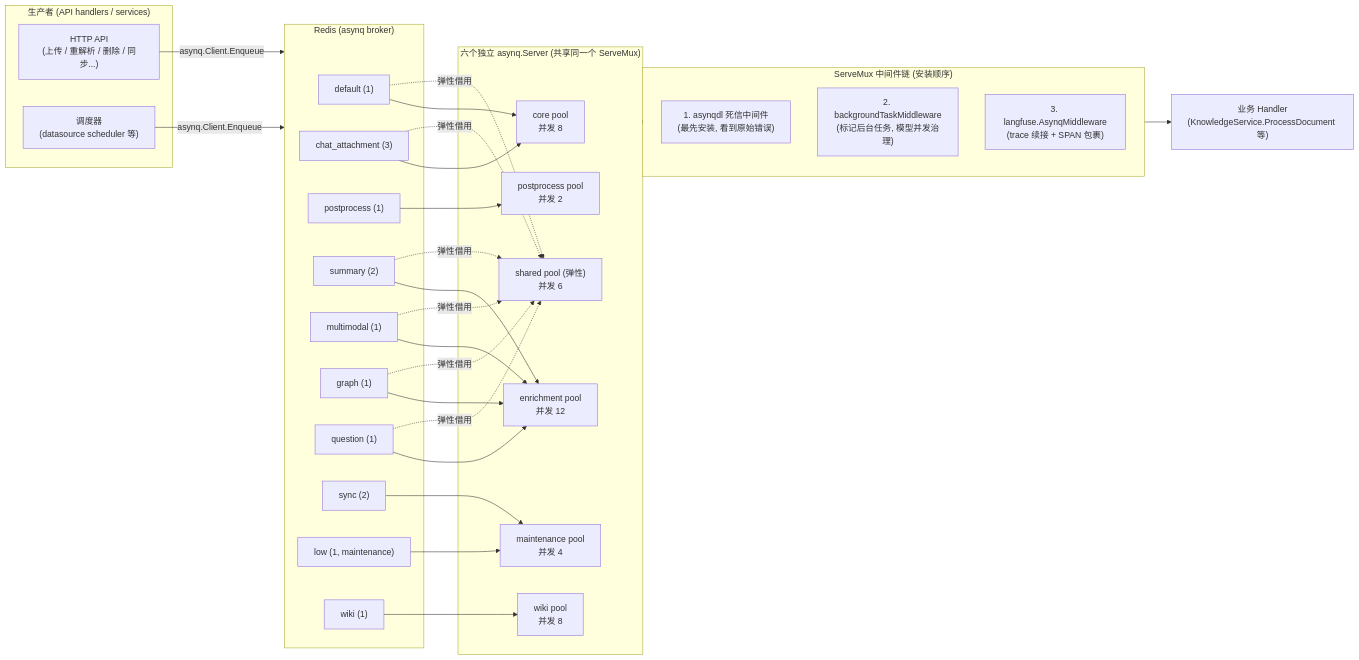
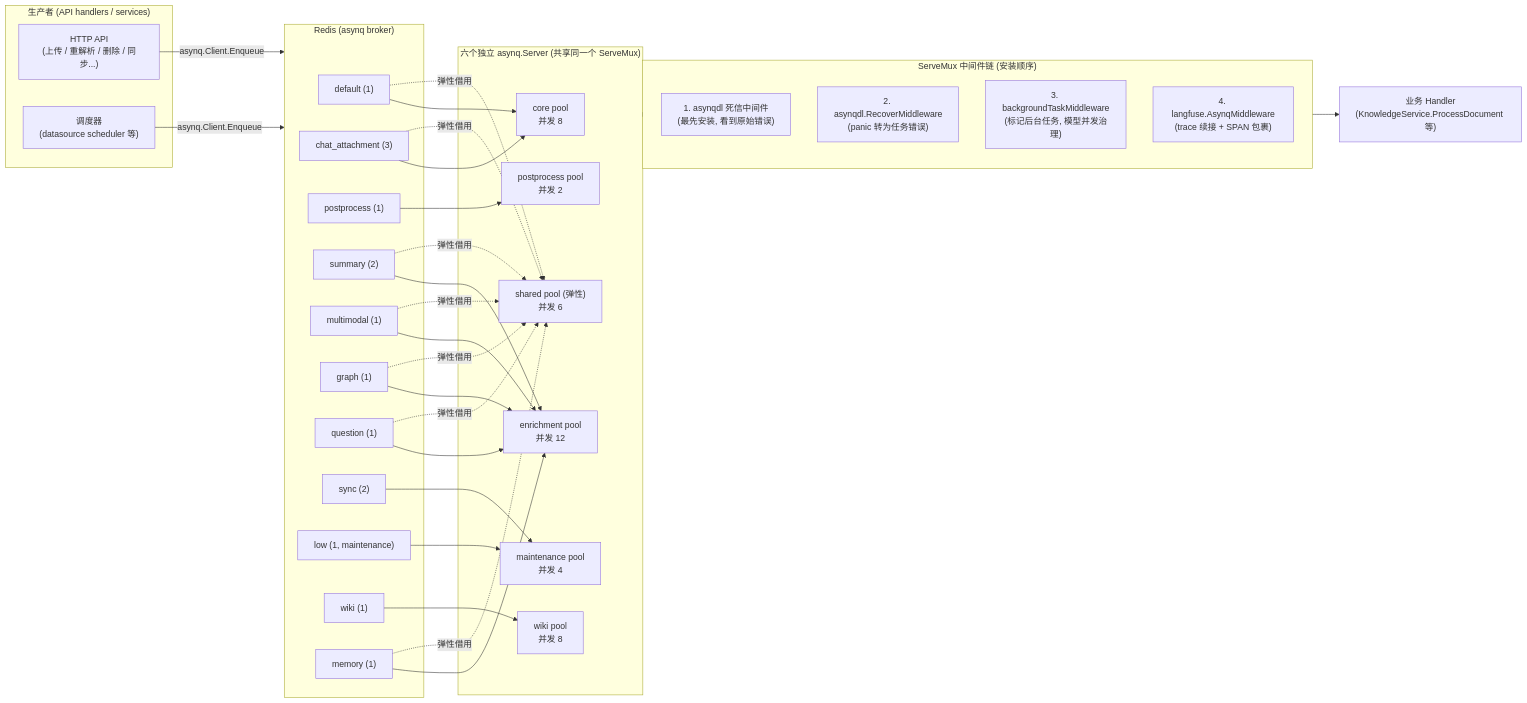
Before and after one commit to Asoclaw/weknora-personal: the first of 3 diagrams in website-docs/02-architecture/05-async-tasks.md, drawn with Mermaid. The commit also changed other lines of this file and 2529 other files, not shown here.

````diff
--- a/website-docs/02-architecture/05-async-tasks.md
+++ b/website-docs/02-architecture/05-async-tasks.md
@@ -110,55 +118,59 @@
 ```mermaid
 flowchart LR
     subgraph Producers["生产者 (API handlers / services)"]
         API["HTTP API<br/>(上传 / 重解析 / 删除 / 同步...)"]
         CRON["调度器<br/>(datasource scheduler 等)"]
     end
     API -->|"asynq.Client.Enqueue"| REDIS
     CRON -->|"asynq.Client.Enqueue"| REDIS
 
     subgraph REDIS["Redis (asynq broker)"]
         Q1["default (1)"]
         Q2["chat_attachment (3)"]
         Q3["postprocess (1)"]
         Q4["summary (2)"]
         Q5["multimodal (1)"]
         Q6["graph (1)"]
         Q7["question (1)"]
         Q8["sync (2)"]
         Q9["low (1, maintenance)"]
         Q10["wiki (1)"]
+        Q11["memory (1)"]
     end
 
     subgraph Workers["六个独立 asynq.Server (共享同一个 ServeMux)"]
         CORE["core pool<br/>并发 8"]
         PP["postprocess pool<br/>并发 2"]
         EN["enrichment pool<br/>并发 12"]
         MT["maintenance pool<br/>并发 4"]
         SH["shared pool (弹性)<br/>并发 6"]
         WK["wiki pool<br/>并发 8"]
     end
 
     Q1 --> CORE
     Q2 --> CORE
     Q3 --> PP
     Q4 --> EN
     Q5 --> EN
     Q6 --> EN
     Q7 --> EN
     Q8 --> MT
     Q9 --> MT
     Q10 --> WK
+    Q11 --> EN
+    Q11 -. "弹性借用" .-> SH
     Q1 -. "弹性借用" .-> SH
     Q2 -. "弹性借用" .-> SH
     Q4 -. "弹性借用" .-> SH
     Q5 -. "弹性借用" .-> SH
     Q6 -. "弹性借用" .-> SH
     Q7 -. "弹性借用" .-> SH
 
     subgraph MW["ServeMux 中间件链 (安装顺序)"]
         M1["1. asynqdl 死信中间件<br/>(最先安装, 看到原始错误)"]
-        M2["2. backgroundTaskMiddleware<br/>(标记后台任务, 模型并发治理)"]
-        M3["3. langfuse.AsynqMiddleware<br/>(trace 续接 + SPAN 包裹)"]
+        M1b["2. asynqdl.RecoverMiddleware<br/>(panic 转为任务错误)"]
+        M2["3. backgroundTaskMiddleware<br/>(标记后台任务, 模型并发治理)"]
+        M3["4. langfuse.AsynqMiddleware<br/>(trace 续接 + SPAN 包裹)"]
     end
     Workers --> MW --> H["业务 Handler<br/>(KnowledgeService.ProcessDocument 等)"]
 ```
````
